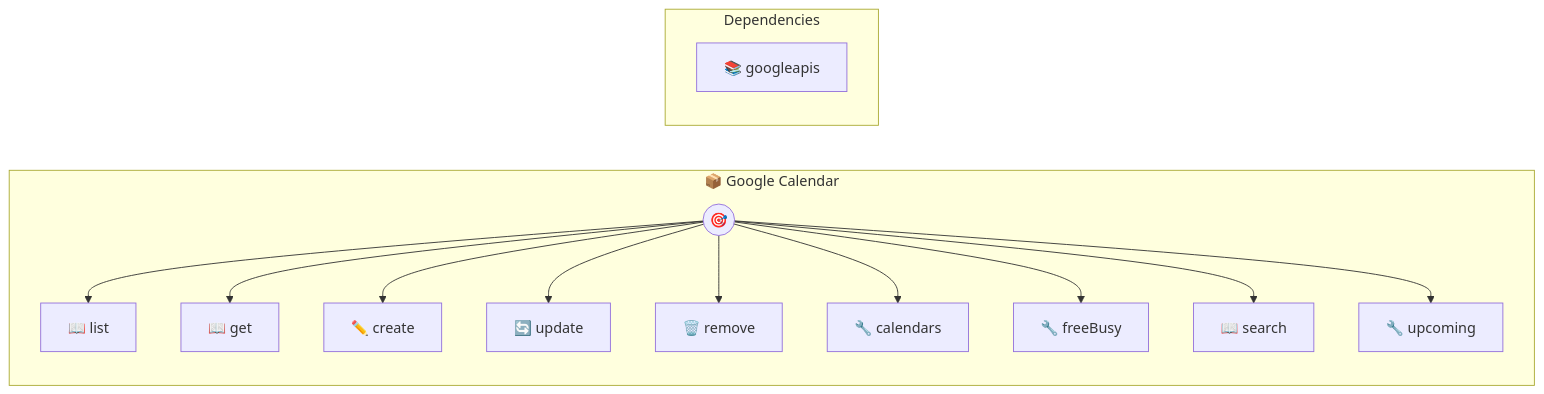
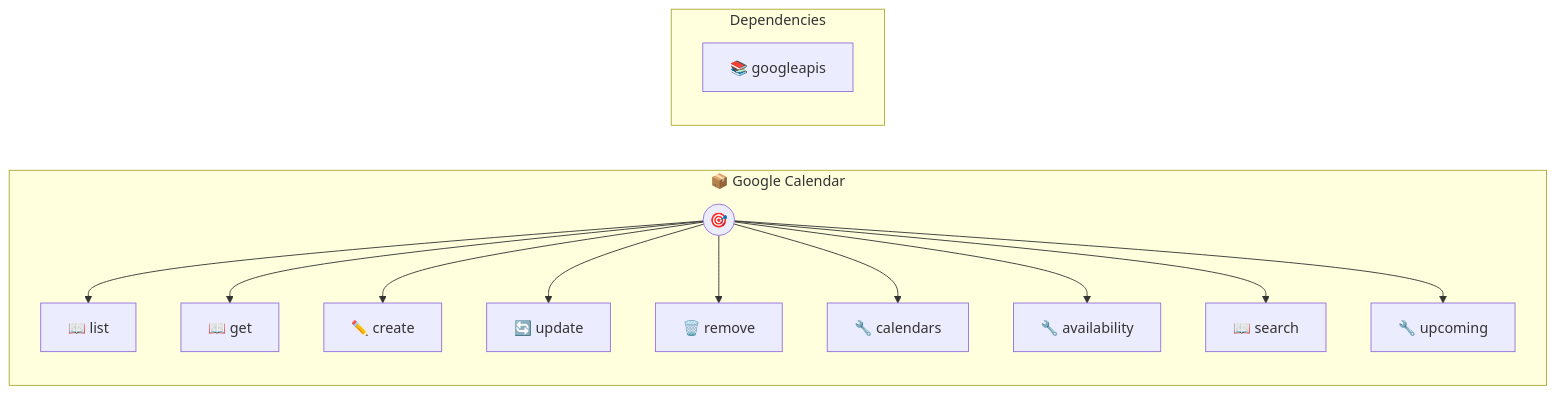
One commit to portel-dev/photons changed the diagram in google-calendar.md. Above: the diagram before and after it, drawn with Mermaid. The commit also changed other lines of this file and 20 other files, not shown here.

````diff
--- a/google-calendar.md
+++ b/google-calendar.md
@@ -185,30 +185,30 @@
 ```mermaid
 flowchart LR
     subgraph google_calendar["📦 Google Calendar"]
         direction TB
         PHOTON((🎯))
         T0[📖 list]
         PHOTON --> T0
         T1[📖 get]
         PHOTON --> T1
         T2[✏️ create]
         PHOTON --> T2
         T3[🔄 update]
         PHOTON --> T3
         T4[🗑️ remove]
         PHOTON --> T4
         T5[🔧 calendars]
         PHOTON --> T5
-        T6[🔧 freeBusy]
+        T6[🔧 availability]
         PHOTON --> T6
         T7[📖 search]
         PHOTON --> T7
         T8[🔧 upcoming]
         PHOTON --> T8
     end
 
     subgraph deps["Dependencies"]
         direction TB
         NPM0[📚 googleapis]
     end
 ```
````
